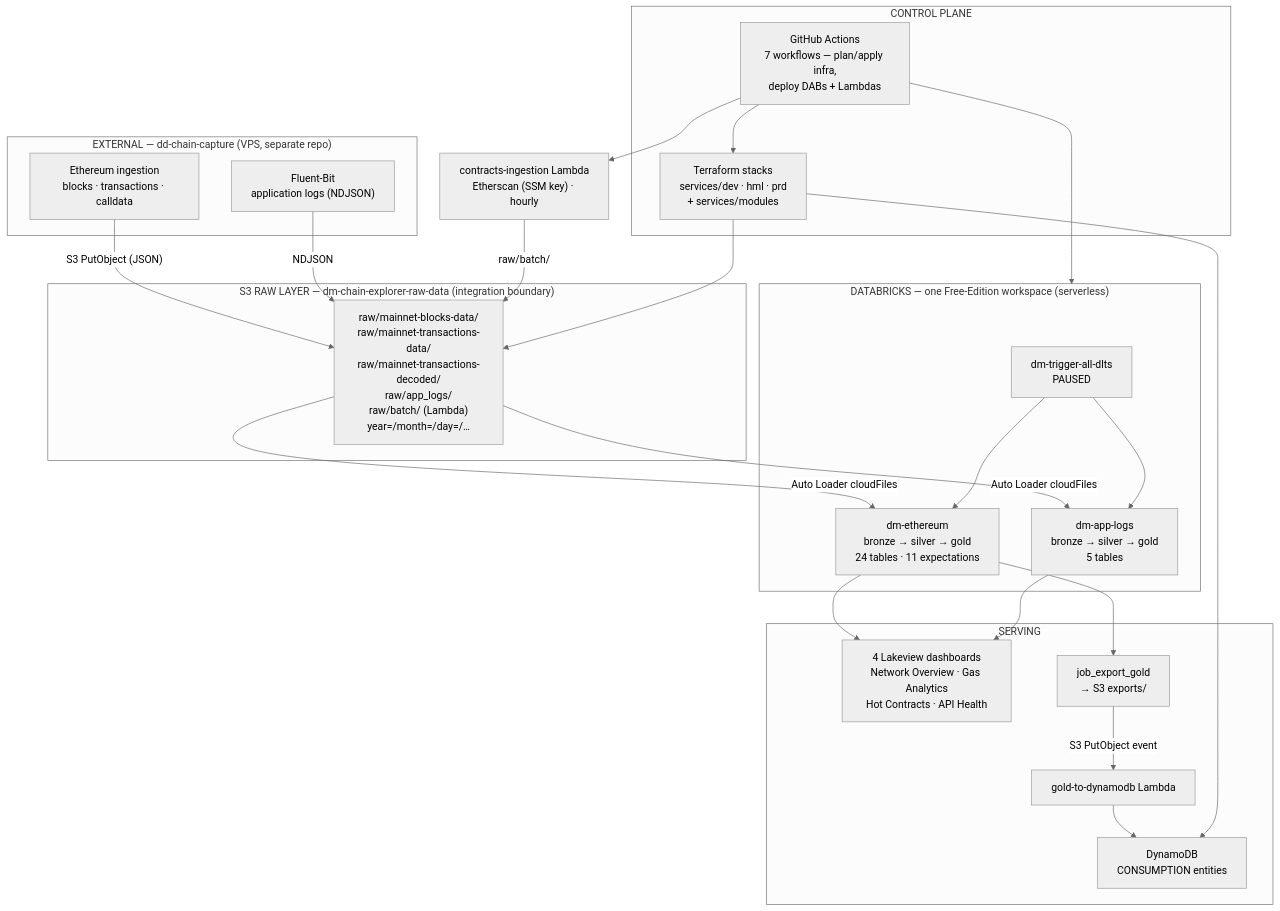
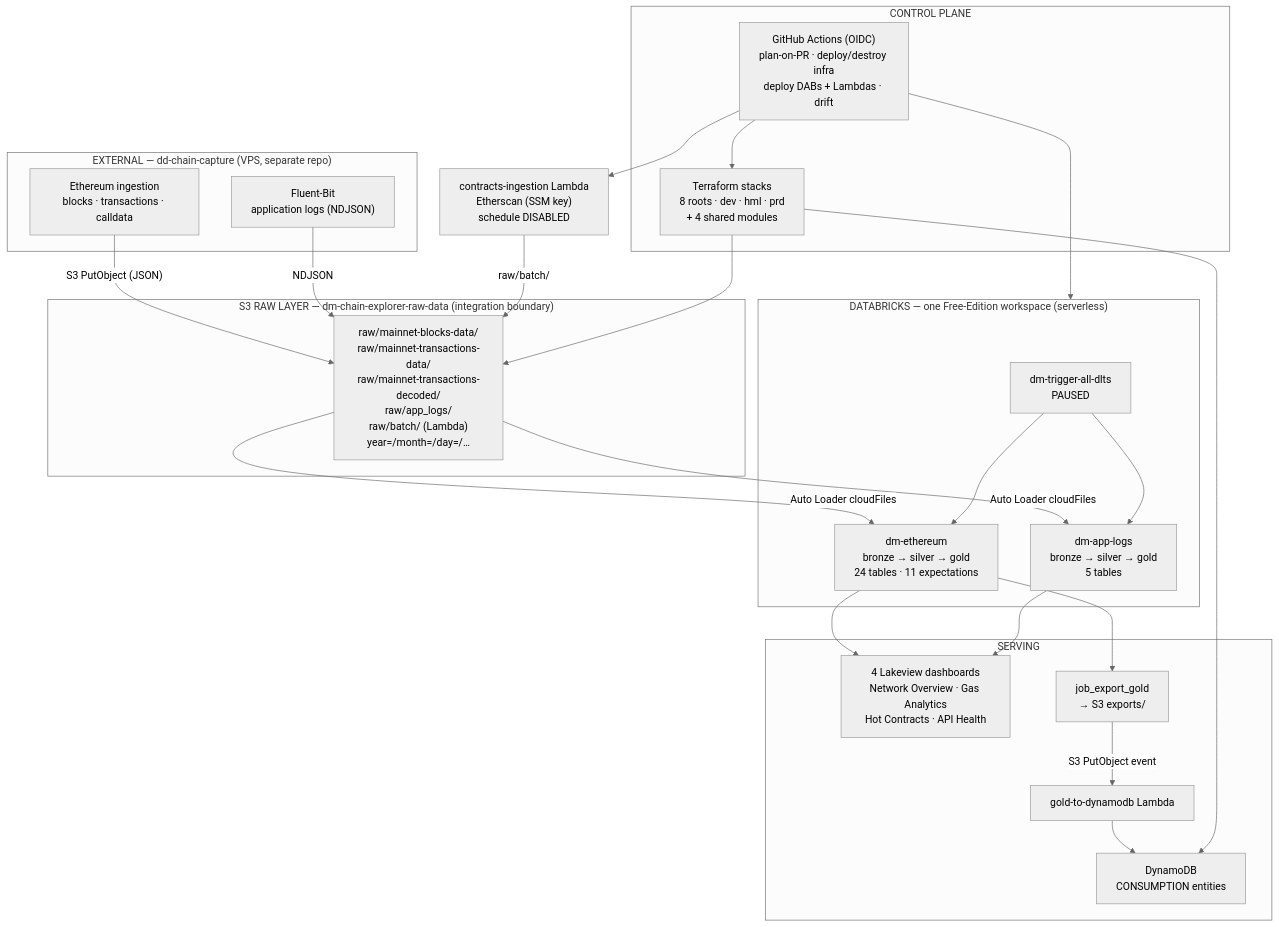
The first of 3 diagrams in specs/memory/architecture.md (marcoaureliomenezes/dd_chain_explorer), drawn with Mermaid (neutral theme) before and after one commit. The commit also changed other lines of this file and 10 other files, not shown here.

````diff
--- a/specs/memory/architecture.md
+++ b/specs/memory/architecture.md
@@ -50,49 +53,49 @@
 ```mermaid
 flowchart TD
   subgraph EXT ["EXTERNAL — dd-chain-capture (VPS, separate repo)"]
     CAP["Ethereum ingestion<br/>blocks · transactions · calldata"]
     FB["Fluent-Bit<br/>application logs (NDJSON)"]
   end
 
   subgraph S3RAW ["S3 RAW LAYER — dm-chain-explorer-raw-data (integration boundary)"]
     S3["raw/mainnet-blocks-data/<br/>raw/mainnet-transactions-data/<br/>raw/mainnet-transactions-decoded/<br/>raw/app_logs/<br/>raw/batch/ (Lambda)<br/>year=/month=/day=/…"]
   end
 
   subgraph DBX ["DATABRICKS — one Free-Edition workspace (serverless)"]
     TRIG["dm-trigger-all-dlts<br/>PAUSED"]
     PIPE1["dm-ethereum<br/>bronze → silver → gold<br/>24 tables · 11 expectations"]
     PIPE2["dm-app-logs<br/>bronze → silver → gold<br/>5 tables"]
   end
 
   subgraph SERVE ["SERVING"]
     DASH["4 Lakeview dashboards<br/>Network Overview · Gas Analytics<br/>Hot Contracts · API Health"]
     EXP["job_export_gold<br/>→ S3 exports/"]
     LMB["gold-to-dynamodb Lambda"]
     DDB["DynamoDB<br/>CONSUMPTION entities"]
   end
 
   subgraph CTRL ["CONTROL PLANE"]
-    TF["Terraform stacks<br/>services/dev · hml · prd<br/>+ services/modules"]
-    CI["GitHub Actions<br/>7 workflows — plan/apply infra,<br/>deploy DABs + Lambdas"]
+    TF["Terraform stacks<br/>8 roots · dev · hml · prd<br/>+ 4 shared modules"]
+    CI["GitHub Actions (OIDC)<br/>plan-on-PR · deploy/destroy infra<br/>deploy DABs + Lambdas · drift"]
   end
 
-  LAMBDA["contracts-ingestion Lambda<br/>Etherscan (SSM key) · hourly"]
+  LAMBDA["contracts-ingestion Lambda<br/>Etherscan (SSM key)<br/>schedule DISABLED"]
 
   CAP -->|"S3 PutObject (JSON)"| S3
   FB -->|"NDJSON"| S3
   LAMBDA -->|"raw/batch/"| S3
   S3 -->|"Auto Loader cloudFiles"| PIPE1
   S3 -->|"Auto Loader cloudFiles"| PIPE2
   TRIG --> PIPE1
   TRIG --> PIPE2
   PIPE1 --> DASH
   PIPE2 --> DASH
   PIPE1 --> EXP
   EXP -->|"S3 PutObject event"| LMB
   LMB --> DDB
   CI --> TF
   CI --> DBX
   CI --> LAMBDA
   TF --> S3
   TF --> DDB
 ```
````
